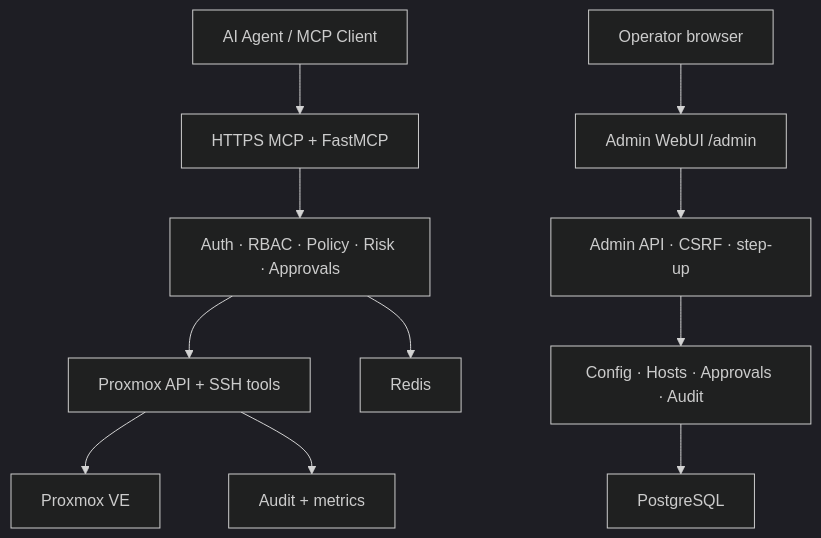
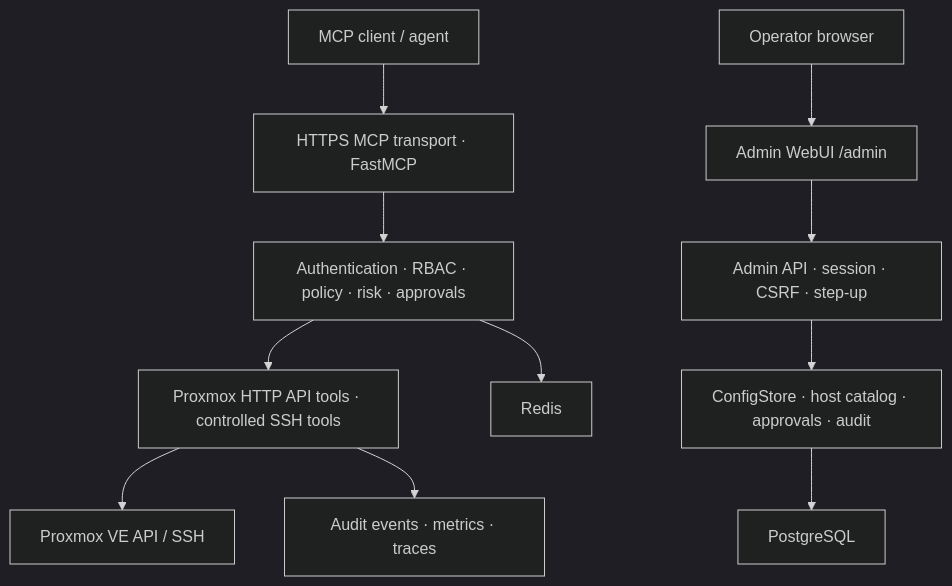
Before and after one commit to 0x696E7175696C696E65/Proxmox-MCP: the first of 2 diagrams in README.md, drawn with Mermaid (dark theme). The commit also changed other lines of this file, not shown here.

````diff
--- a/README.md
+++ b/README.md
@@ -83,13 +84,13 @@
 ```mermaid
 flowchart TD
-  agent["AI Agent / MCP Client"] --> mcp["HTTPS MCP + FastMCP"]
-  admin["Operator browser"] --> webui["Admin WebUI /admin"]
-  mcp --> guard["Auth · RBAC · Policy · Risk · Approvals"]
-  webui --> adminApi["Admin API · CSRF · step-up"]
-  guard --> tools["Proxmox API + SSH tools"]
-  adminApi --> stores["Config · Hosts · Approvals · Audit"]
-  tools --> pve["Proxmox VE"]
+  agent["MCP client / agent"] --> mcp["HTTPS MCP transport · FastMCP"]
+  operator["Operator browser"] --> webui["Admin WebUI /admin"]
+  mcp --> guard["Authentication · RBAC · policy · risk · approvals"]
+  webui --> adminApi["Admin API · session · CSRF · step-up"]
+  guard --> tools["Proxmox HTTP API tools · controlled SSH tools"]
+  adminApi --> stores["ConfigStore · host catalog · approvals · audit"]
+  tools --> pve["Proxmox VE API / SSH"]
   stores --> pg["PostgreSQL"]
   guard --> redis["Redis"]
-  tools --> audit["Audit + metrics"]
+  tools --> observability["Audit events · metrics · traces"]
 ```
````
